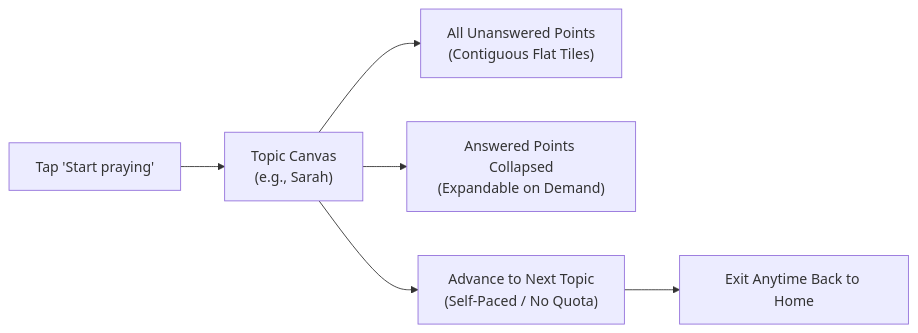
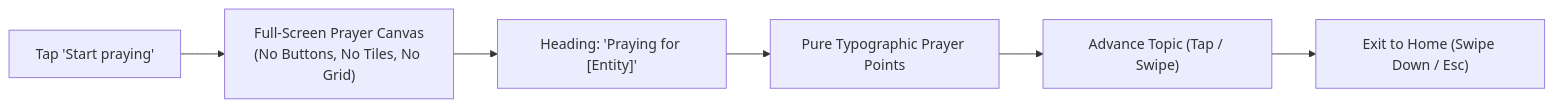
Before and after one commit to iamenianc/Prayer: the second of 3 diagrams in UX.md, drawn with Mermaid. The commit also changed other lines of this file and 4 other files, not shown here.

Commit message:
feat: adopt unofficial app name 'Pray Without Ceasing' and implement full-screen buttonless prayer mode

````diff
--- a/UX.md
+++ b/UX.md
@@ -92,8 +87,8 @@
 ```mermaid
 graph LR
-    Launch["Tap 'Start praying'"] --> TopicScreen["Topic Canvas<br/>(e.g., Sarah)"]
-    TopicScreen --> UnansweredPoints["All Unanswered Points<br/>(Contiguous Flat Tiles)"]
-    TopicScreen --> ExpandAnswered["Answered Points Collapsed<br/>(Expandable on Demand)"]
-    TopicScreen --> NextTopic["Advance to Next Topic<br/>(Self-Paced / No Quota)"]
-    NextTopic --> Exit["Exit Anytime Back to Home"]
+    Launch["Tap 'Start praying'"] --> PrayerCanvas["Full-Screen Prayer Canvas<br/>(No Buttons, No Tiles, No Grid)"]
+    PrayerCanvas --> Header["Heading: 'Praying for [Entity]'"]
+    Header --> Points["Pure Typographic Prayer Points"]
+    Points --> Gestures["Advance Topic (Tap / Swipe)"]
+    Gestures --> Exit["Exit to Home (Swipe Down / Esc)"]
 ```
````
